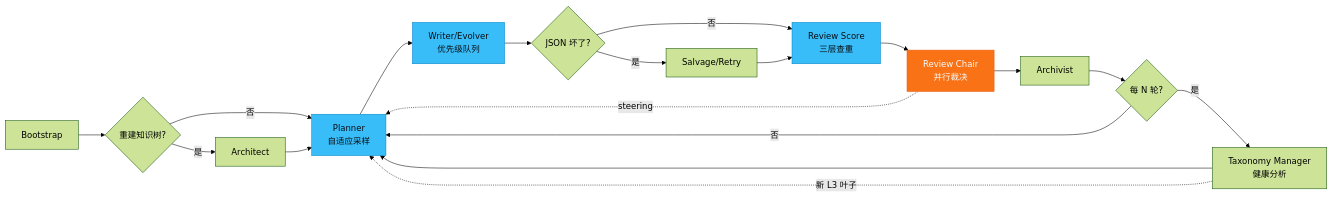
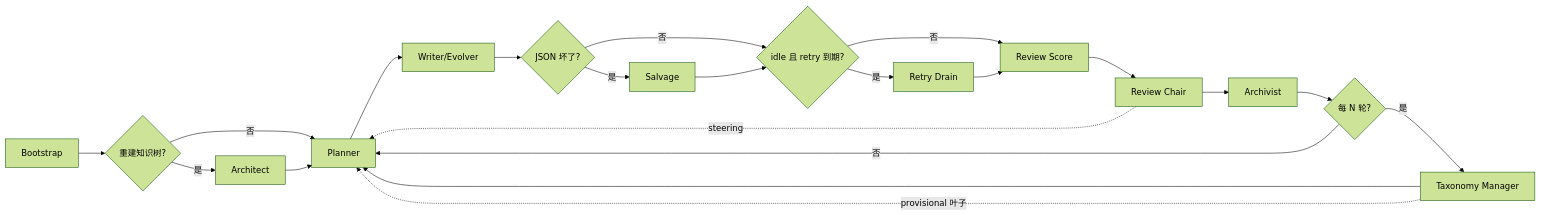
The second of 17 diagrams in README.md (KernelFlow-ops/cuda-sft-qgen), drawn with Mermaid (forest theme) before and after one commit. The commit also changed other lines of this file and 70 other files, not shown here.

````diff
--- a/README.md
+++ b/README.md
@@ -23,24 +94,23 @@
 ```mermaid
 flowchart LR
   B[Bootstrap] --> A{重建知识树?}
   A -->|是| Arch[Architect]
   A -->|否| P
-  Arch --> P[Planner<br/>自适应采样]
-  P --> W[Writer/Evolver<br/>优先级队列]
+  Arch --> P[Planner]
+  P --> W[Writer/Evolver]
   W --> S{JSON 坏了?}
-  S -->|是| Salv[Salvage/Retry]
-  S -->|否| R
-  Salv --> R[Review Score<br/>三层查重]
-  R --> C[Review Chair<br/>并行裁决]
+  S -->|是| Salv[Salvage]
+  S -->|否| D
+  Salv --> D{idle 且 retry 到期?}
+  D -->|是| Drain[Retry Drain]
+  D -->|否| R
+  Drain --> R
+  R[Review Score] --> C[Review Chair]
   C --> Z[Archivist]
   Z --> T{每 N 轮?}
-  T -->|是| M[Taxonomy Manager<br/>健康分析]
+  T -->|是| M[Taxonomy Manager]
   T -->|否| P
   M --> P
   C -.->|steering| P
-  M -.->|新 L3 叶子| P
-  style P fill:#38bdf8,stroke:#0284c7,color:#0b0e14
-  style W fill:#38bdf8,stroke:#0284c7,color:#0b0e14
-  style R fill:#38bdf8,stroke:#0284c7,color:#0b0e14
-  style C fill:#f97316,stroke:#ea580c,color:#f8fafc
+  M -.->|provisional 叶子| P
 ```
````
